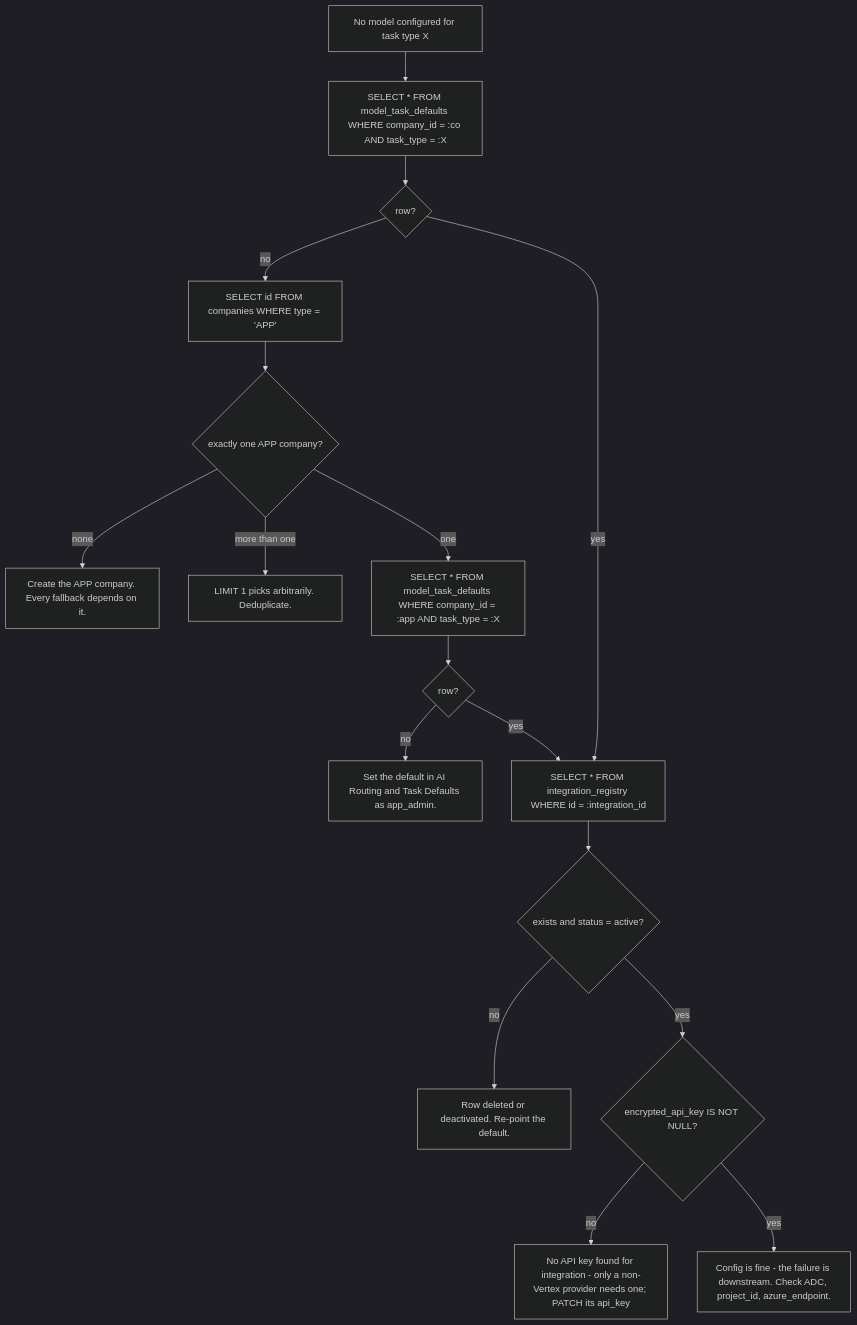
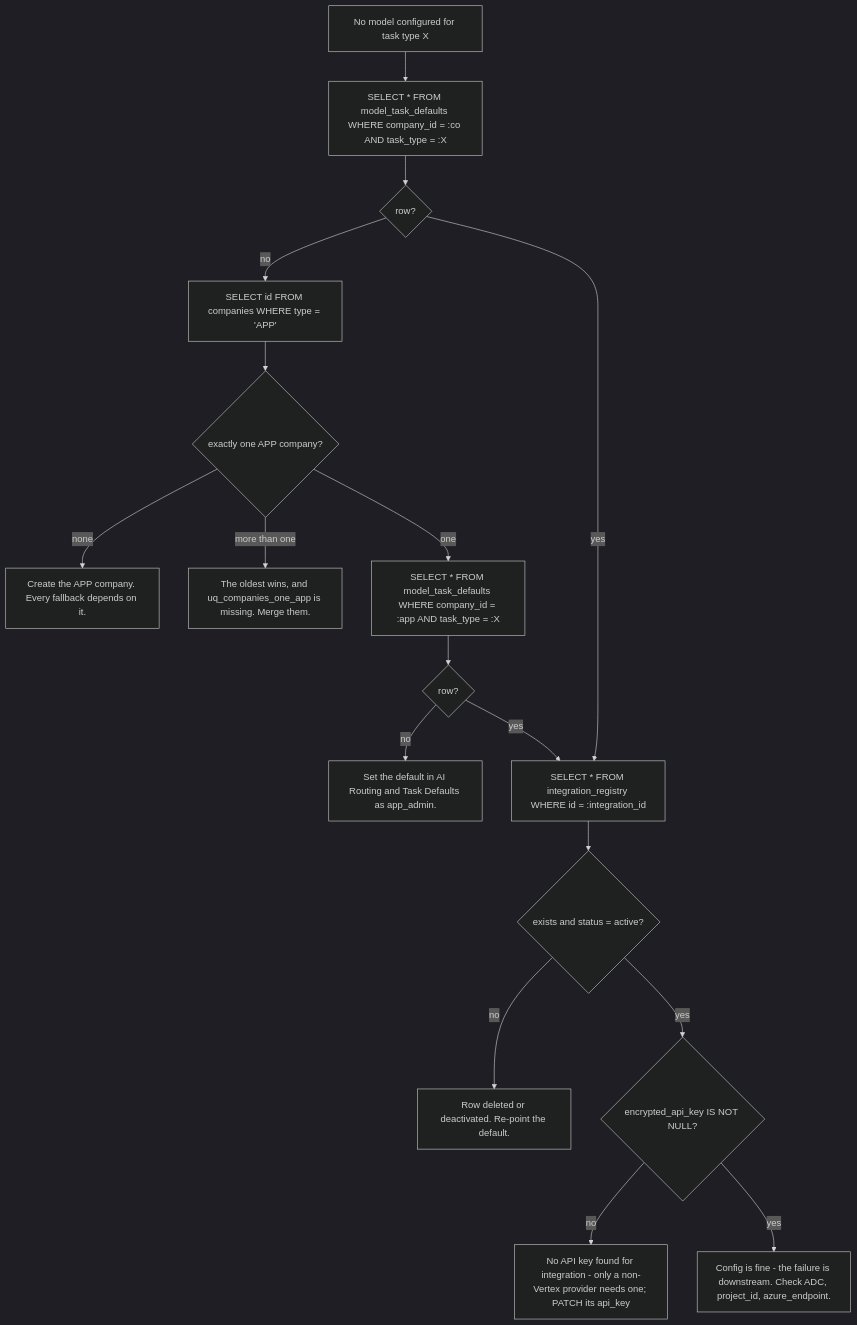
One commit to gondolerahul/hire-buddha-app changed diagram 21 of 22 in docs/current/10-llm-providers.md. Above: the diagram before and after it, drawn with Mermaid (dark theme). The commit also changed other lines of this file and 13 other files, not shown here.

````diff
--- a/docs/current/10-llm-providers.md
+++ b/docs/current/10-llm-providers.md
@@ -1797,19 +1798,19 @@
 ```mermaid
 flowchart TD
     A["No model configured for task type X"] --> C["SELECT * FROM model_task_defaults WHERE company_id = :co AND task_type = :X"]
     C --> D{"row?"}
     D -->|no| E["SELECT id FROM companies WHERE type = 'APP'"]
     E --> F{"exactly one APP company?"}
     F -->|none| F1["Create the APP company. Every fallback depends on it."]
-    F -->|"more than one"| F2["LIMIT 1 picks arbitrarily. Deduplicate."]
+    F -->|"more than one"| F2["The oldest wins, and uq_companies_one_app is missing. Merge them."]
     F -->|one| G["SELECT * FROM model_task_defaults WHERE company_id = :app AND task_type = :X"]
     G --> H{"row?"}
     H -->|no| H1["Set the default in AI Routing and Task Defaults as app_admin."]
     H -->|yes| I
     D -->|yes| I["SELECT * FROM integration_registry WHERE id = :integration_id"]
     I --> J{"exists and status = active?"}
     J -->|no| J1["Row deleted or deactivated. Re-point the default."]
     J -->|yes| K{"encrypted_api_key IS NOT NULL?"}
     K -->|no| K1["No API key found for integration - only a non-Vertex provider needs one; PATCH its api_key"]
     K -->|yes| L["Config is fine - the failure is downstream. Check ADC, project_id, azure_endpoint."]
 ```
````
